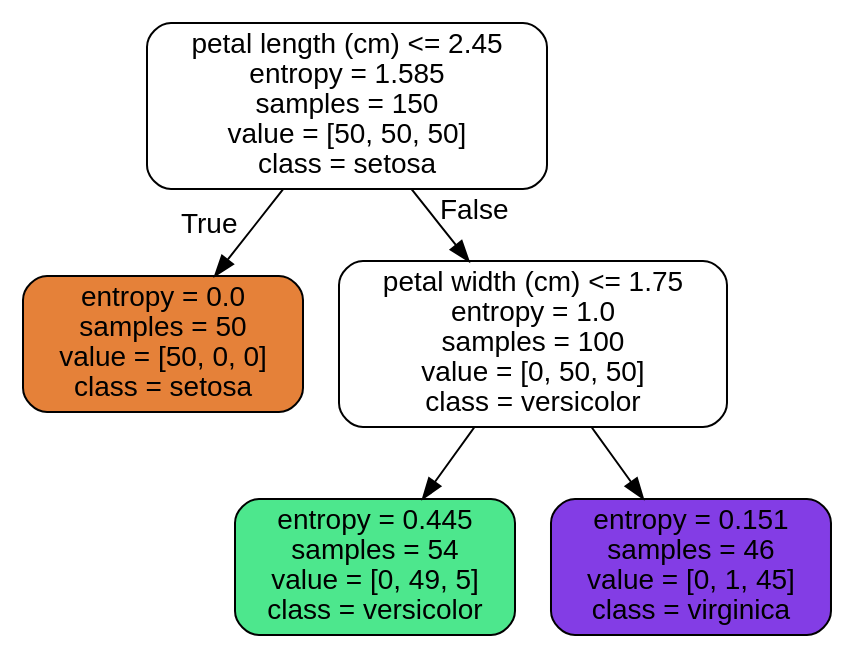
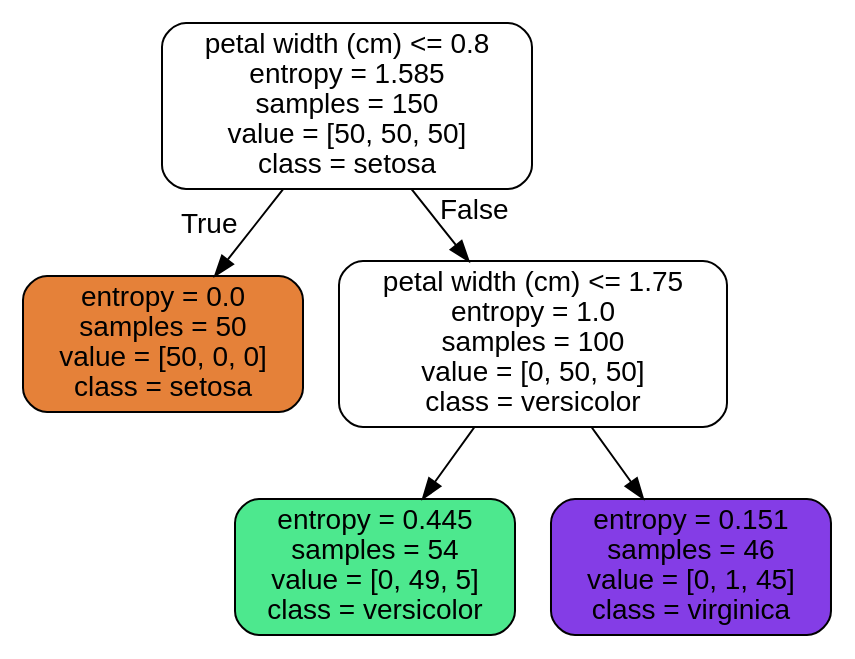
The diagram in week6_sol/Lecture16/Lecture16_Images/iris_tree_entropy.dot (glukicov/UCL_ML_BigData), drawn with Graphviz before and after one commit. The commit also changed 12 other files, not shown here.

```diff
--- a/week6_sol/Lecture16/Lecture16_Images/iris_tree_entropy.dot
+++ b/week6_sol/Lecture16/Lecture16_Images/iris_tree_entropy.dot
@@ -1,13 +1,13 @@
 digraph Tree {
 node [shape=box, style="filled, rounded", color="black", fontname=helvetica] ;
 edge [fontname=helvetica] ;
-0 [label="petal length (cm) <= 2.45\nentropy = 1.585\nsamples = 150\nvalue = [50, 50, 50]\nclass = setosa", fillcolor="#e5813900"] ;
-1 [label="entropy = 0.0\nsamples = 50\nvalue = [50, 0, 0]\nclass = setosa", fillcolor="#e58139ff"] ;
+0 [label="petal width (cm) <= 0.8\nentropy = 1.585\nsamples = 150\nvalue = [50, 50, 50]\nclass = setosa", fillcolor="#ffffff"] ;
+1 [label="entropy = 0.0\nsamples = 50\nvalue = [50, 0, 0]\nclass = setosa", fillcolor="#e58139"] ;
 0 -> 1 [labeldistance=2.5, labelangle=45, headlabel="True"] ;
-2 [label="petal width (cm) <= 1.75\nentropy = 1.0\nsamples = 100\nvalue = [0, 50, 50]\nclass = versicolor", fillcolor="#39e58100"] ;
+2 [label="petal width (cm) <= 1.75\nentropy = 1.0\nsamples = 100\nvalue = [0, 50, 50]\nclass = versicolor", fillcolor="#ffffff"] ;
 0 -> 2 [labeldistance=2.5, labelangle=-45, headlabel="False"] ;
-3 [label="entropy = 0.445\nsamples = 54\nvalue = [0, 49, 5]\nclass = versicolor", fillcolor="#39e581e5"] ;
+3 [label="entropy = 0.445\nsamples = 54\nvalue = [0, 49, 5]\nclass = versicolor", fillcolor="#4de88e"] ;
 2 -> 3 ;
-4 [label="entropy = 0.151\nsamples = 46\nvalue = [0, 1, 45]\nclass = virginica", fillcolor="#8139e5f9"] ;
+4 [label="entropy = 0.151\nsamples = 46\nvalue = [0, 1, 45]\nclass = virginica", fillcolor="#843de6"] ;
 2 -> 4 ;
 }
```
